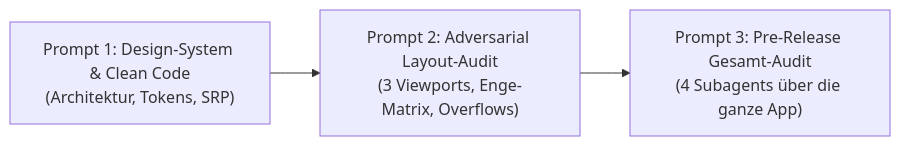
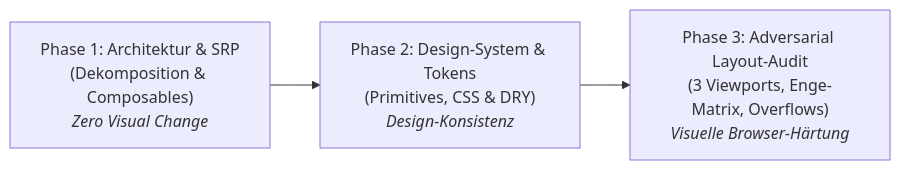
Before and after one commit to dmstern/reisotor: the diagram in docs/AUDIT_PROMPTS.md, drawn with Mermaid. The commit also changed other lines of this file and 2 other files, not shown here.

Commit message:
docs: split view refactoring prompts into 3 distinct phases and relocate pre-release audit

````diff
--- a/docs/AUDIT_PROMPTS.md
+++ b/docs/AUDIT_PROMPTS.md
@@ -6,4 +6,4 @@
 ```mermaid
 flowchart LR
-    P1["Prompt 1: Design-System & Clean Code<br/>(Architektur, Tokens, SRP)"] --> P2["Prompt 2: Adversarial Layout-Audit<br/>(3 Viewports, Enge-Matrix, Overflows)"] --> P3["Prompt 3: Pre-Release Gesamt-Audit<br/>(4 Subagents über die ganze App)"]
+    P1["Phase 1: Architektur & SRP<br/>(Dekomposition & Composables)<br/><i>Zero Visual Change</i>"] --> P2["Phase 2: Design-System & Tokens<br/>(Primitives, CSS & DRY)<br/><i>Design-Konsistenz</i>"] --> P3["Phase 3: Adversarial Layout-Audit<br/>(3 Viewports, Enge-Matrix, Overflows)<br/><i>Visuelle Browser-Härtung</i>"]
 ```
````
